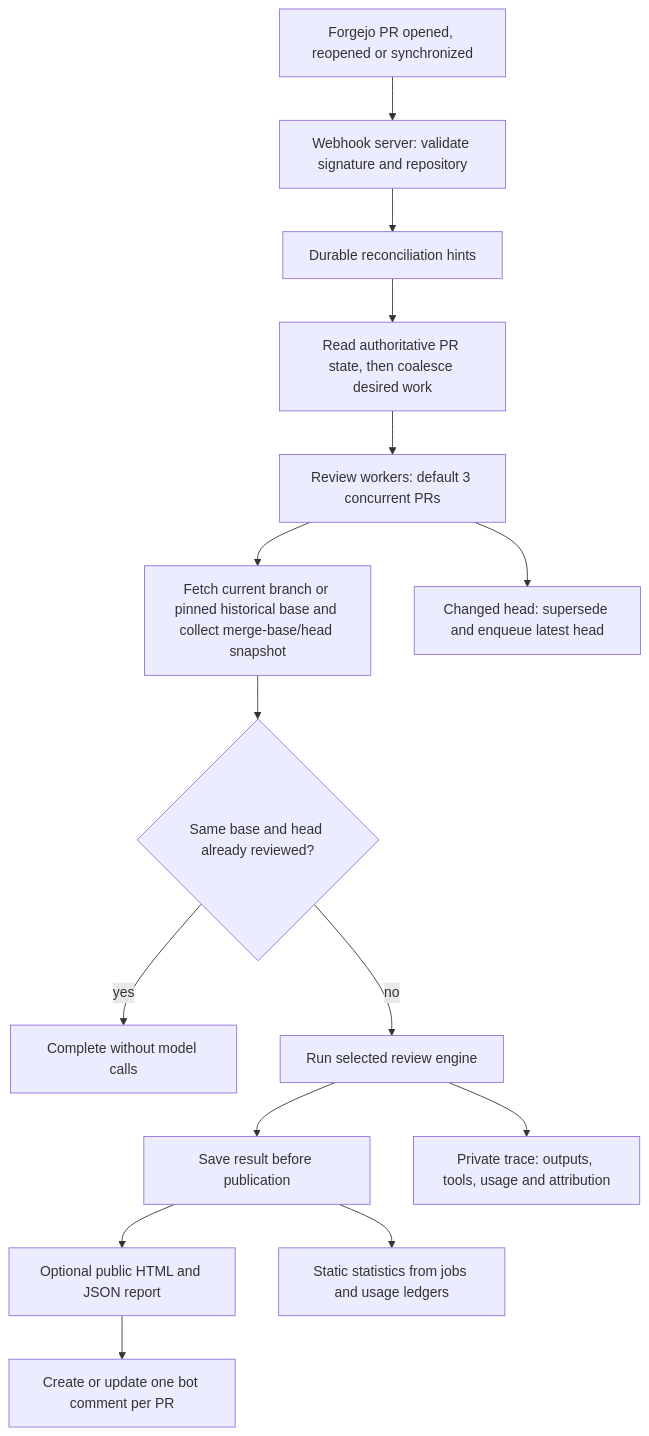
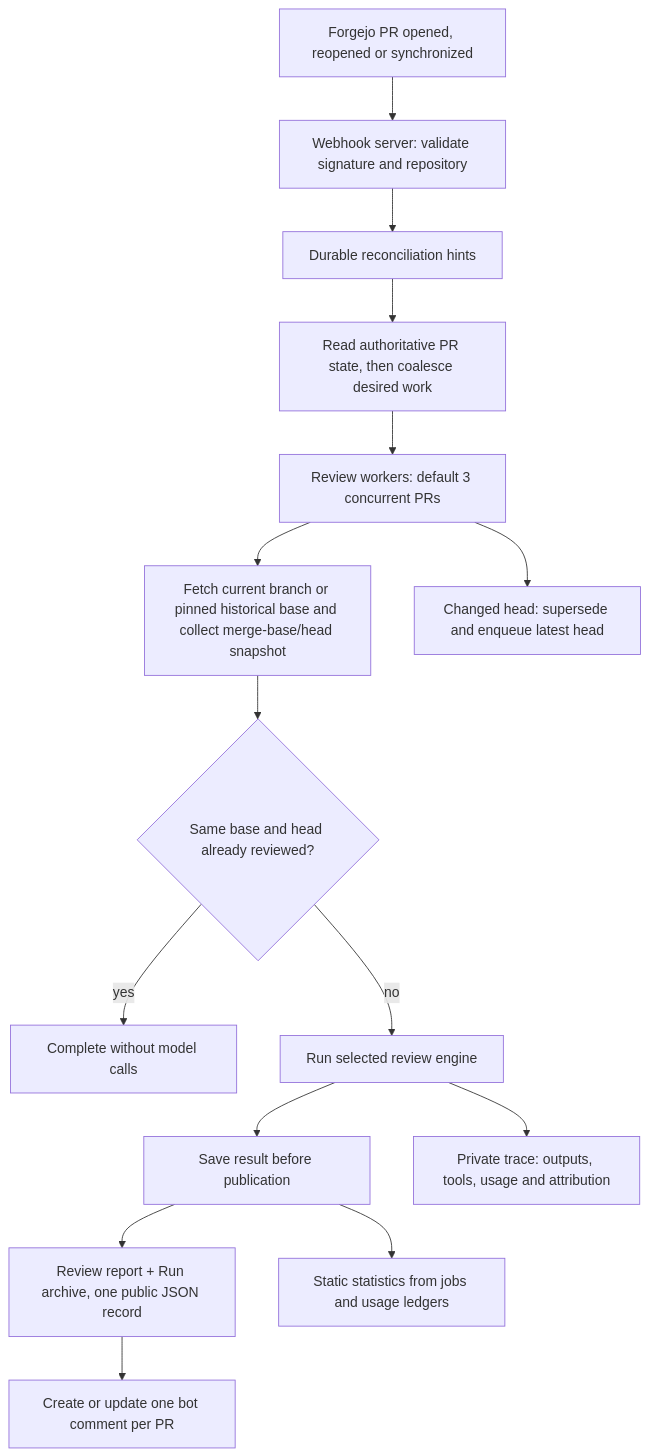
Before and after one commit to willcl-ark/nix: the diagram in pkgs/ralph-service/README.md, drawn with Mermaid. The commit also changed other lines of this file and 13 other files, not shown here.

````diff
--- a/pkgs/ralph-service/README.md
+++ b/pkgs/ralph-service/README.md
@@ -79,17 +80,17 @@
 ```mermaid
 flowchart TD
     event["Forgejo PR opened, reopened or synchronized"] --> webhook["Webhook server: validate signature and repository"]
     webhook --> hints["Durable reconciliation hints"]
     hints --> queue["Read authoritative PR state, then coalesce desired work"]
     queue --> workers["Review workers: default 3 concurrent PRs"]
     workers --> collect["Fetch current branch or pinned historical base and collect merge-base/head snapshot"]
     collect --> existing{"Same base and head already reviewed?"}
     existing -->|yes| done["Complete without model calls"]
     existing -->|no| pipeline["Run selected review engine"]
     pipeline --> saved["Save result before publication"]
-    saved --> report["Optional public HTML and JSON report"]
+    saved --> report["Review report + Run archive, one public JSON record"]
     report --> publish["Create or update one bot comment per PR"]
     pipeline --> trace["Private trace: outputs, tools, usage and attribution"]
     saved --> stats["Static statistics from jobs and usage ledgers"]
     workers --> stale["Changed head: supersede and enqueue latest head"]
 ```
````
